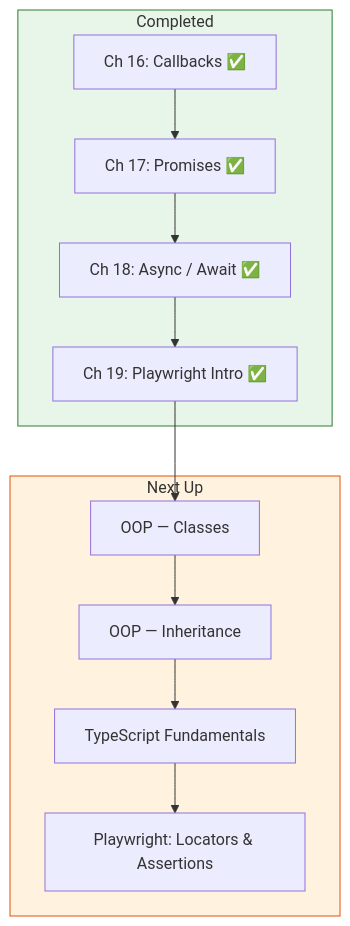
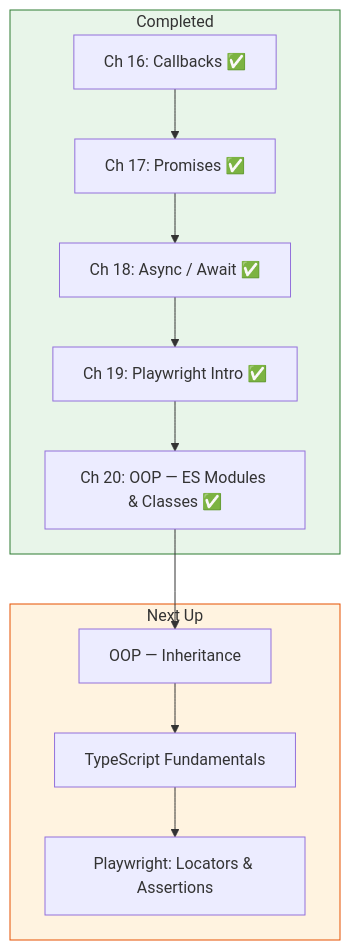
One commit to harsh-0541/LearnPlaywrightBatch2x changed diagram 38 of 40 in README.md. Above: the diagram before and after it, drawn with Mermaid. The commit also changed other lines of this file and 17 other files, not shown here.

First line of the commit message:
docs: add Chapter 20 — OOP (ES Modules & Classes) to README

````diff
--- a/README.md
+++ b/README.md
@@ -3250,20 +3412,20 @@
 ```mermaid
 graph TD
     subgraph done["Completed"]
         D1[Ch 16: Callbacks ✅] --> D2[Ch 17: Promises ✅]
         D2 --> D3[Ch 18: Async / Await ✅]
         D3 --> D4[Ch 19: Playwright Intro ✅]
+        D4 --> D5[Ch 20: OOP — ES Modules & Classes ✅]
     end
 
     subgraph next["Next Up"]
-        N1[OOP — Classes]
-        N2[OOP — Inheritance]
-        N3[TypeScript Fundamentals]
-        N4[Playwright: Locators & Assertions]
+        N1[OOP — Inheritance]
+        N2[TypeScript Fundamentals]
+        N3[Playwright: Locators & Assertions]
     end
 
-    D4 --> N1 --> N2 --> N3 --> N4
+    D5 --> N1 --> N2 --> N3
 
     style done fill:#e8f5e9,stroke:#2e7d32
     style next fill:#fff3e0,stroke:#e65100
 ```
````
